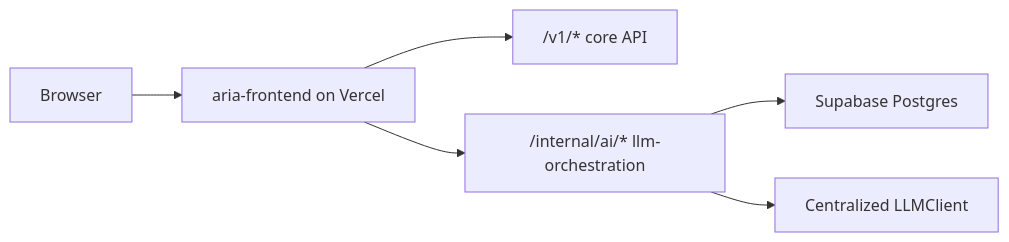
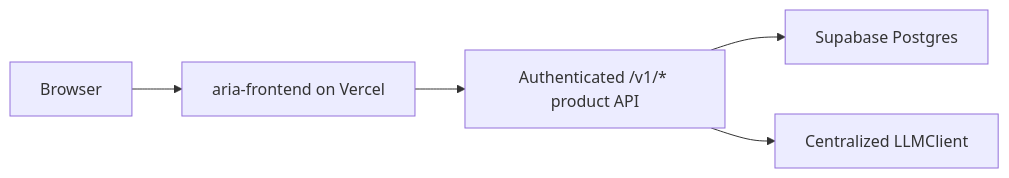
Before and after one commit to qurbaneliii/AI-Social-Media-Manager: the first of 5 diagrams in docs/architecture/CANONICAL_ARCHITECTURE.md, drawn with Mermaid. The commit also changed other lines of this file and 101 other files, not shown here.

````diff
--- a/docs/architecture/CANONICAL_ARCHITECTURE.md
+++ b/docs/architecture/CANONICAL_ARCHITECTURE.md
@@ -55,8 +56,7 @@
 ```mermaid
 flowchart LR
   Browser["Browser"] --> Frontend["aria-frontend on Vercel"]
-  Frontend --> CoreAPI["/v1/* core API"]
-  Frontend --> AIBackend["/internal/ai/* llm-orchestration"]
-  AIBackend --> Supabase["Supabase Postgres"]
-  AIBackend --> LLM["Centralized LLMClient"]
+  Frontend --> CoreAPI["Authenticated /v1/* product API"]
+  CoreAPI --> Supabase["Supabase Postgres"]
+  CoreAPI --> LLM["Centralized LLMClient"]
 ```
````
